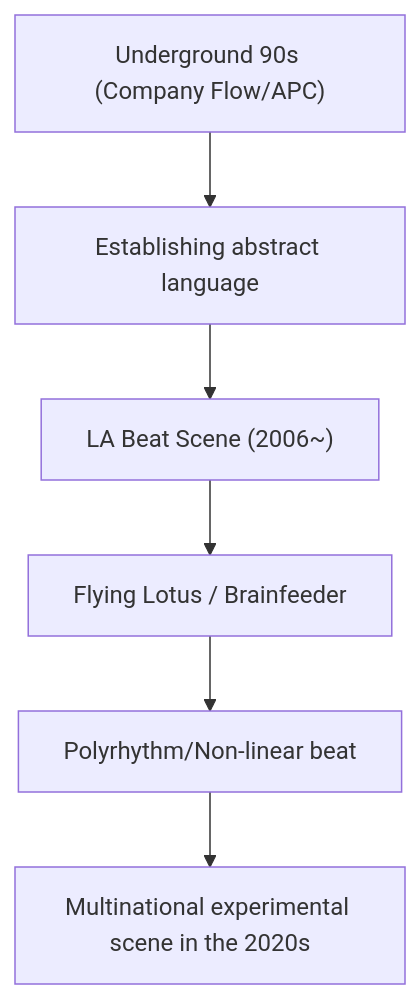
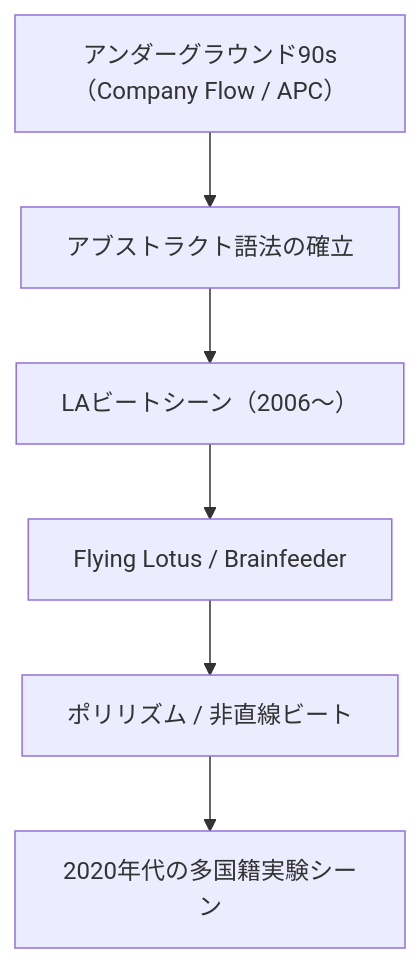
The second of 2 diagrams in en/_posts/2025-12-07-column-experimental-hiphop.md (monumental-movement/monumental-movement.github.io), drawn with Mermaid before and after one commit. The commit also changed other lines of this file and 2196 other files, not shown here.

```diff
--- a/en/_posts/2025-12-07-column-experimental-hiphop.md
+++ b/en/_posts/2025-12-07-column-experimental-hiphop.md
@@ -244,8 +244,8 @@
 <div class="mermaid">
 flowchart TD
-    A["Underground 90s (Company Flow/APC)"] --> B["Establishing abstract language"]
-    B --> C["LA Beat Scene (2006~)"]
+    A["アンダーグラウンド90s（Company Flow / APC）"] --> B["アブストラクト語法の確立"]
+    B --> C["LAビートシーン（2006〜）"]
     C --> D["Flying Lotus / Brainfeeder"]
-    D --> E["Polyrhythm/Non-linear beat"]
-    E --> F["Multinational experimental scene in the 2020s"]
+    D --> E["ポリリズム / 非直線ビート"]
+    E --> F["2020年代の多国籍実験シーン"]
 </div>
```
